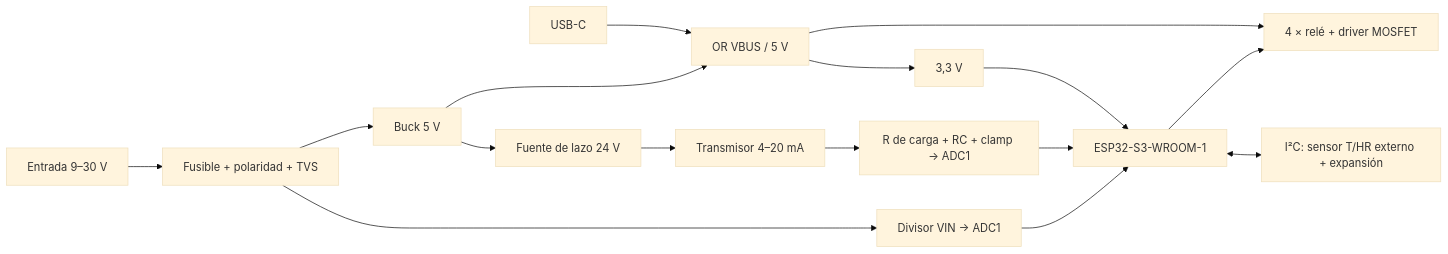
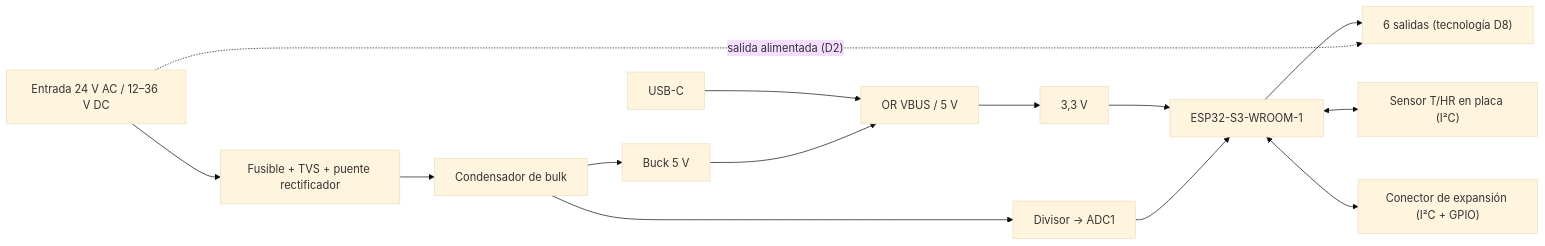
The diagram in docs/02-especificaciones-v2.md (JoanSanbartolome/ESP-Riego), drawn with Mermaid (base theme) before and after one commit. The commit also changed other lines of this file and 7 other files, not shown here.

````diff
--- a/docs/02-especificaciones-v2.md
+++ b/docs/02-especificaciones-v2.md
@@ -36,18 +40,16 @@
 ```mermaid
 flowchart LR
-    VIN["Entrada 9–30 V"] --> PROT["Fusible + polaridad + TVS"]
-    PROT --> BUCK["Buck 5 V"]
+    VIN["Entrada 24 V AC / 12–36 V DC"] --> PROT["Fusible + TVS + puente rectificador"]
+    PROT --> BULK["Condensador de bulk"]
+    BULK --> BUCK["Buck 5 V"]
     USB["USB-C"] --> OR["OR VBUS / 5 V"]
     BUCK --> OR
     OR --> LDO["3,3 V"]
     LDO --> MCU["ESP32-S3-WROOM-1"]
-    OR --> REL["4 × relé + driver MOSFET"]
-    MCU --> REL
-    BUCK --> LOOP["Fuente de lazo 24 V"]
-    LOOP --> NIV["Transmisor 4–20 mA"]
-    NIV --> ADC["R de carga + RC + clamp → ADC1"]
-    ADC --> MCU
-    MCU <--> I2C["I²C: sensor T/HR externo + expansión"]
-    PROT --> VMON["Divisor VIN → ADC1"]
+    MCU --> OUT["6 salidas (tecnología D8)"]
+    VIN -. "salida alimentada (D2)" .-> OUT
+    MCU <--> TH["Sensor T/HR en placa (I²C)"]
+    MCU <--> EXP["Conector de expansión (I²C + GPIO)"]
+    BULK --> VMON["Divisor → ADC1"]
     VMON --> MCU
 ```
````
